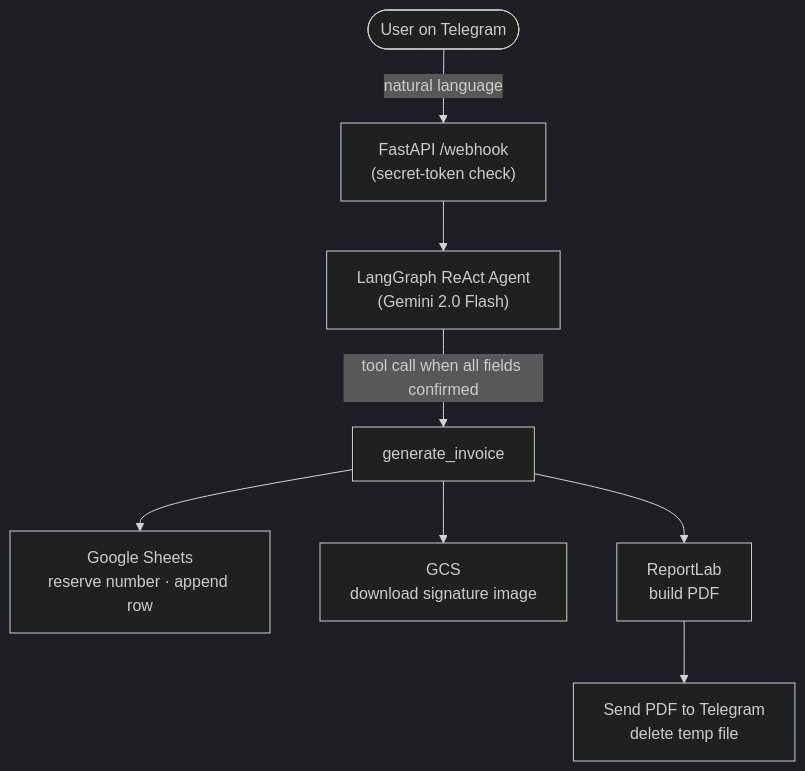
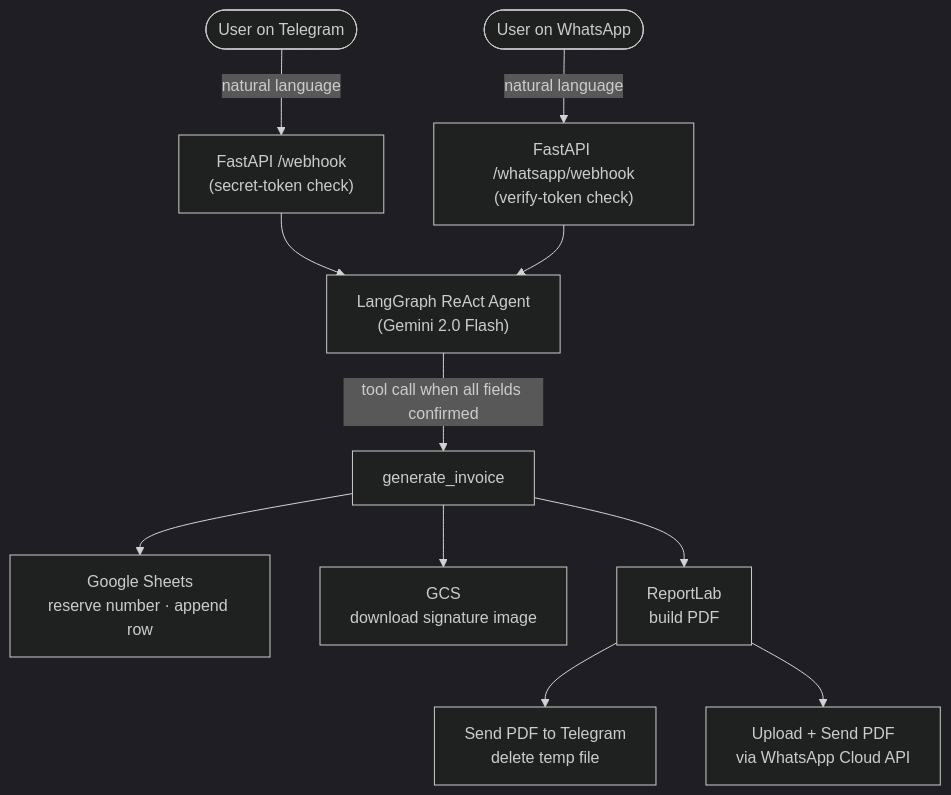
One commit to taha2009/invoice-agent changed the diagram in README.md. Above: the diagram before and after it, drawn with Mermaid (dark theme). The commit also changed other lines of this file and 7 other files, not shown here.

First line of the commit message:
feat: add WhatsApp channel via Meta Cloud API

````diff
--- a/README.md
+++ b/README.md
@@ -31,10 +31,13 @@
 ```mermaid
 flowchart TD
     A([User on Telegram]) -->|natural language| B["FastAPI /webhook\n(secret-token check)"]
+    W([User on WhatsApp]) -->|natural language| WH["FastAPI /whatsapp/webhook\n(verify-token check)"]
     B --> C["LangGraph ReAct Agent\n(Gemini 2.0 Flash)"]
+    WH --> C
     C -->|tool call when all fields confirmed| D[generate_invoice]
     D --> E["Google Sheets\nreserve number · append row"]
     D --> F["GCS\ndownload signature image"]
     D --> G["ReportLab\nbuild PDF"]
     G --> H["Send PDF to Telegram\ndelete temp file"]
+    G --> WI["Upload + Send PDF\nvia WhatsApp Cloud API"]
 ```
````
